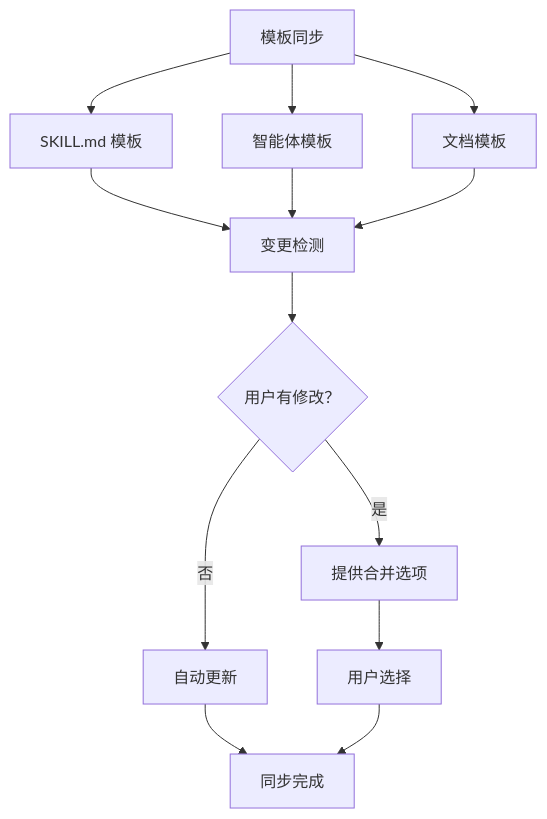
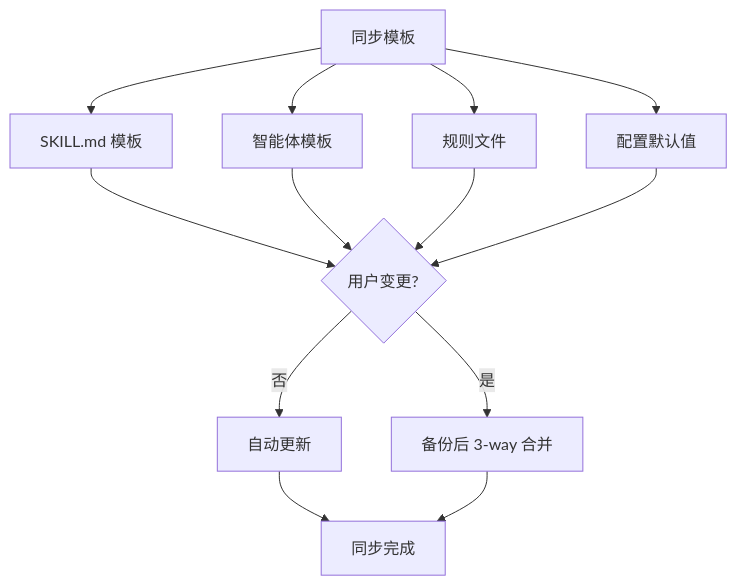
The second of 2 diagrams in docs-site/content/zh/getting-started/update.md (modu-ai/moai-adk), drawn with Mermaid before and after one commit. The commit also changed other lines of this file and 180 other files, not shown here.

````diff
--- a/docs-site/content/zh/getting-started/update.md
+++ b/docs-site/content/zh/getting-started/update.md
@@ -166,19 +100,18 @@
 ```mermaid
 graph TD
-    A[模板同步] --> B[SKILL.md 模板]
-    A --> C[智能体模板]
-    A --> D[文档模板]
+    A["同步模板"] --> B["SKILL.md 模板"]
+    A --> C["智能体模板"]
+    A --> D["规则文件"]
+    A --> E["配置默认值"]
 
-    B --> E[变更检测]
-    C --> E
-    D --> E
+    B --> F{"用户变更?"}
+    C --> F
+    D --> F
+    E --> F
 
-    E --> F{用户有修改？}
+    F -->|"否"| G["自动更新"]
+    F -->|"是"| H["备份后 3-way 合并"]
 
-    F -->|否| G[自动更新]
-    F -->|是| H[提供合并选项]
-
-    G --> I[同步完成]
-    H --> J[用户选择]
-    J --> I
+    G --> I["同步完成"]
+    H --> I
 ```
````
